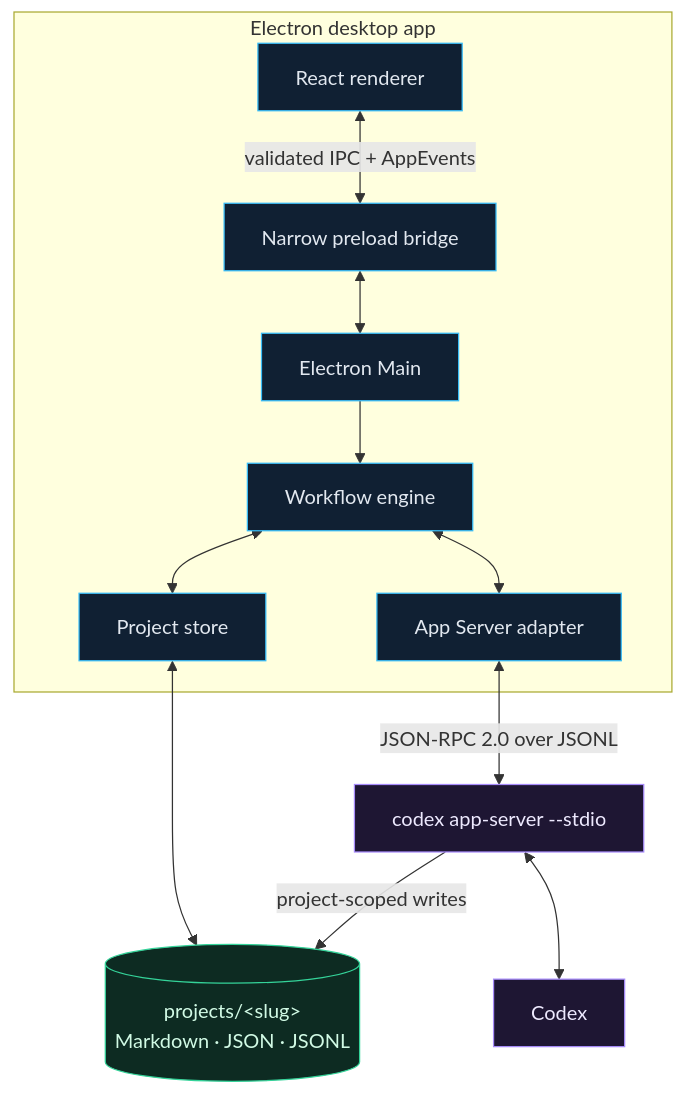
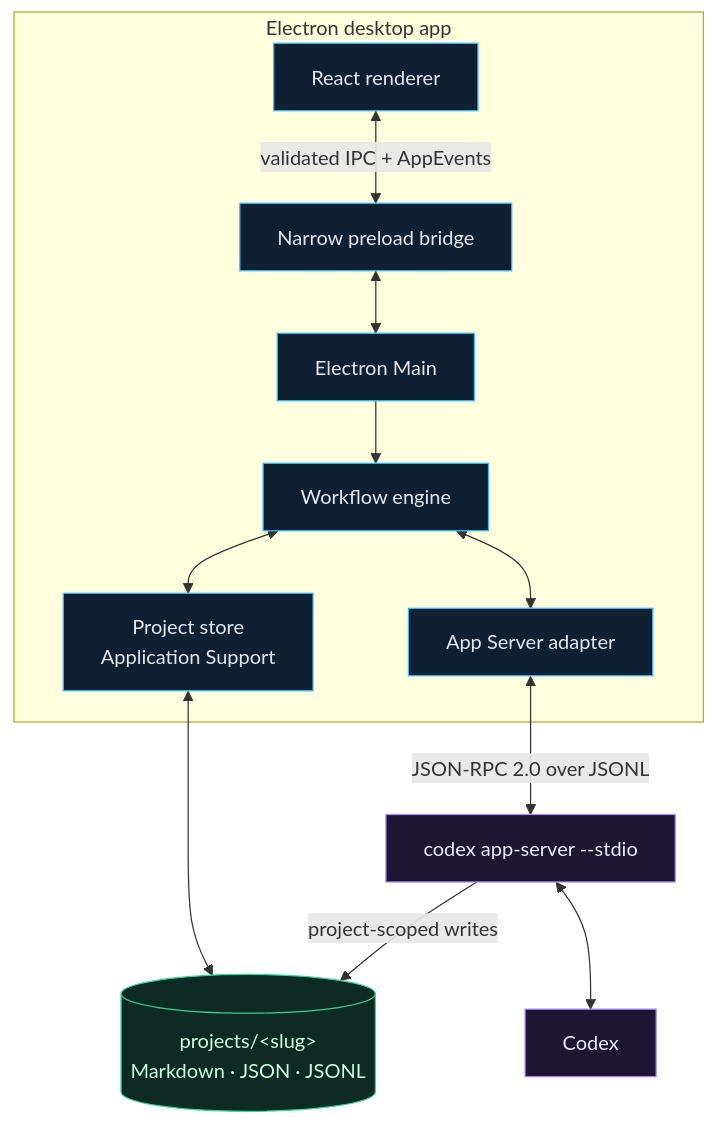
Before and after one commit to phillippbertram/codex-app-server-shark-tank: the third of 4 diagrams in README.md, drawn with Mermaid. The commit also changed other lines of this file and 9 other files, not shown here.

````diff
--- a/README.md
+++ b/README.md
@@ -112,33 +129,33 @@
 ```mermaid
 flowchart TB
     subgraph desktop[Electron desktop app]
         renderer["React renderer"]
         preload["Narrow preload bridge"]
         main["Electron Main"]
         engine["Workflow engine"]
-        store["Project store"]
+        store["Project store<br/>Application Support"]
         adapter["App Server adapter"]
 
         renderer <-->|"validated IPC + AppEvents"| preload
         preload <--> main
         main --> engine
         engine <--> store
         engine <--> adapter
     end
 
     server["codex app-server --stdio"]
     codex["Codex"]
     files[("projects/&lt;slug&gt;<br/>Markdown · JSON · JSONL")]
 
     adapter <-->|"JSON-RPC 2.0 over JSONL"| server
     server <--> codex
     store <--> files
     server -->|"project-scoped writes"| files
 
     classDef app fill:#102033,stroke:#38bdf8,color:#e2e8f0
     classDef protocol fill:#1e1633,stroke:#a78bfa,color:#ede9fe
     classDef data fill:#0d2b22,stroke:#34d399,color:#d1fae5
     class renderer,preload,main,engine,store,adapter app
     class server,codex protocol
     class files data
 ```
````
